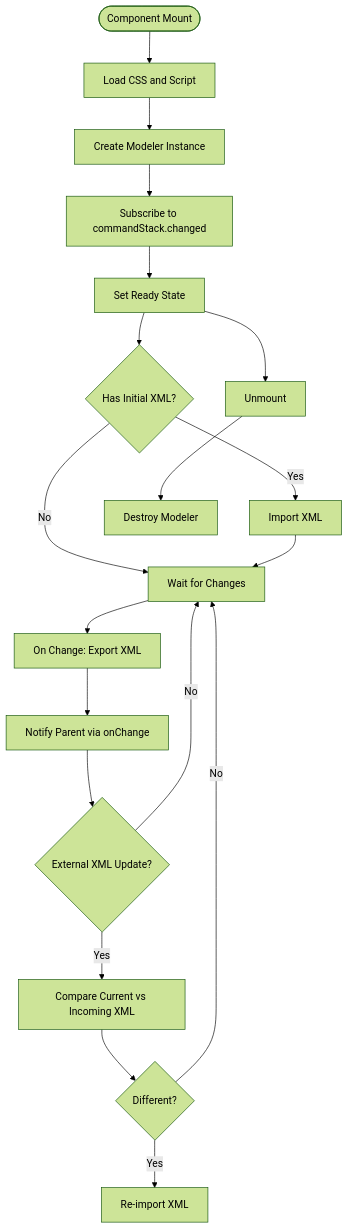
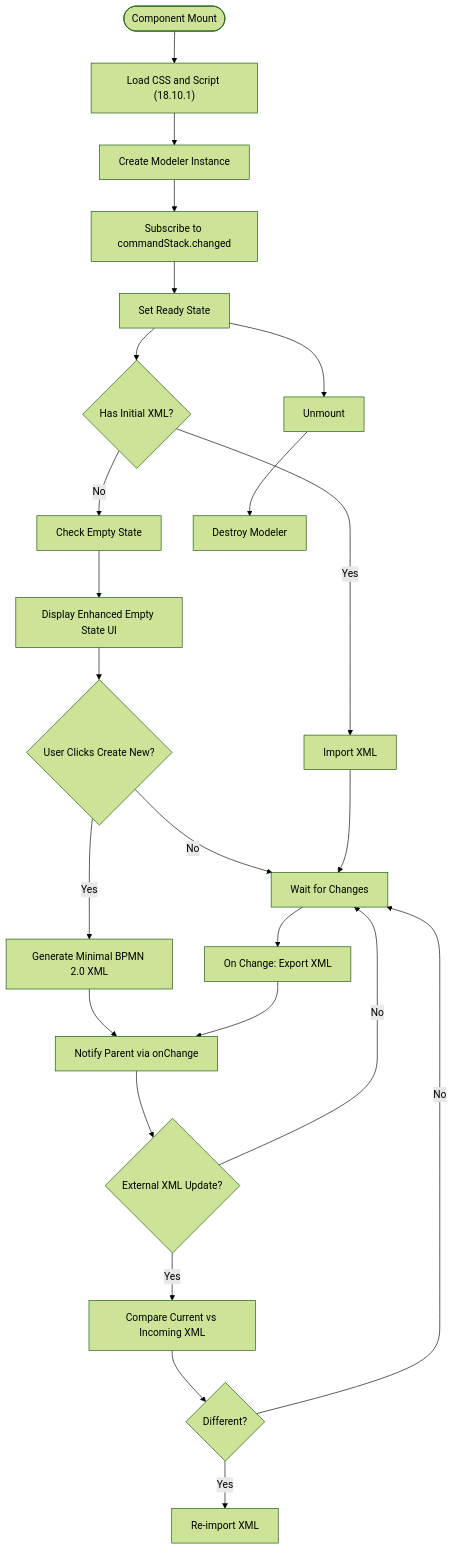
Before and after one commit to ongchonghian/universal-diagram-editor: the fourth of 5 diagrams in .qoder/repowiki/en/content/Editor Architecture/Visual Editors/BPMN Visual Editor.md, drawn with Mermaid (forest theme). The commit also changed other lines of this file and 66 other files, not shown here.

First line of the commit message:
refactor: modernize codebase with Vite build system and modular React architecture

````diff
--- a/.qoder/repowiki/en/content/Editor Architecture/Visual Editors/BPMN Visual Editor.md
+++ b/.qoder/repowiki/en/content/Editor Architecture/Visual Editors/BPMN Visual Editor.md
@@ -235,21 +295,26 @@
 ```mermaid
 flowchart TD
-Start(["Component Mount"]) --> LoadResources["Load CSS and Script"]
+Start(["Component Mount"]) --> LoadResources["Load CSS and Script (18.10.1)"]
 LoadResources --> CreateModeler["Create Modeler Instance"]
 CreateModeler --> Subscribe["Subscribe to commandStack.changed"]
 Subscribe --> Ready["Set Ready State"]
 Ready --> ImportXML{"Has Initial XML?"}
 ImportXML --> |Yes| DoImport["Import XML"]
-ImportXML --> |No| WaitChanges["Wait for Changes"]
+ImportXML --> |No| CheckEmptyState["Check Empty State"]
+CheckEmptyState --> ShowEmptyState["Display Enhanced Empty State UI"]
+ShowEmptyState --> CreateNew{"User Clicks Create New?"}
+CreateNew --> |Yes| GenerateDefault["Generate Minimal BPMN 2.0 XML"]
+GenerateDefault --> NotifyParent["Notify Parent via onChange"]
+CreateNew --> |No| WaitChanges["Wait for Changes"]
 DoImport --> WaitChanges
 WaitChanges --> ExportOnChange["On Change: Export XML"]
 ExportOnChange --> NotifyParent["Notify Parent via onChange"]
 NotifyParent --> ExternalUpdate{"External XML Update?"}
 ExternalUpdate --> |Yes| CompareXML["Compare Current vs Incoming XML"]
 CompareXML --> NeedsImport{"Different?"}
 NeedsImport --> |Yes| Reimport["Re-import XML"]
 NeedsImport --> |No| WaitChanges
 ExternalUpdate --> |No| WaitChanges
 Ready --> Unmount["Unmount"]
 Unmount --> Cleanup["Destroy Modeler"]
 ```
````
